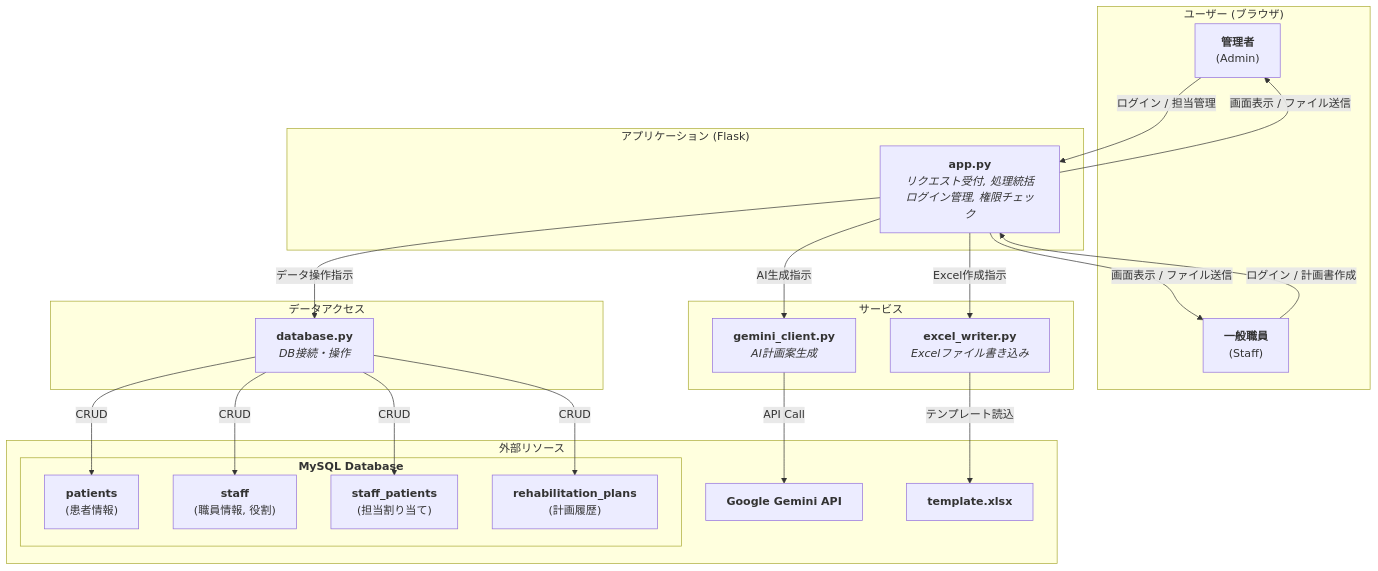
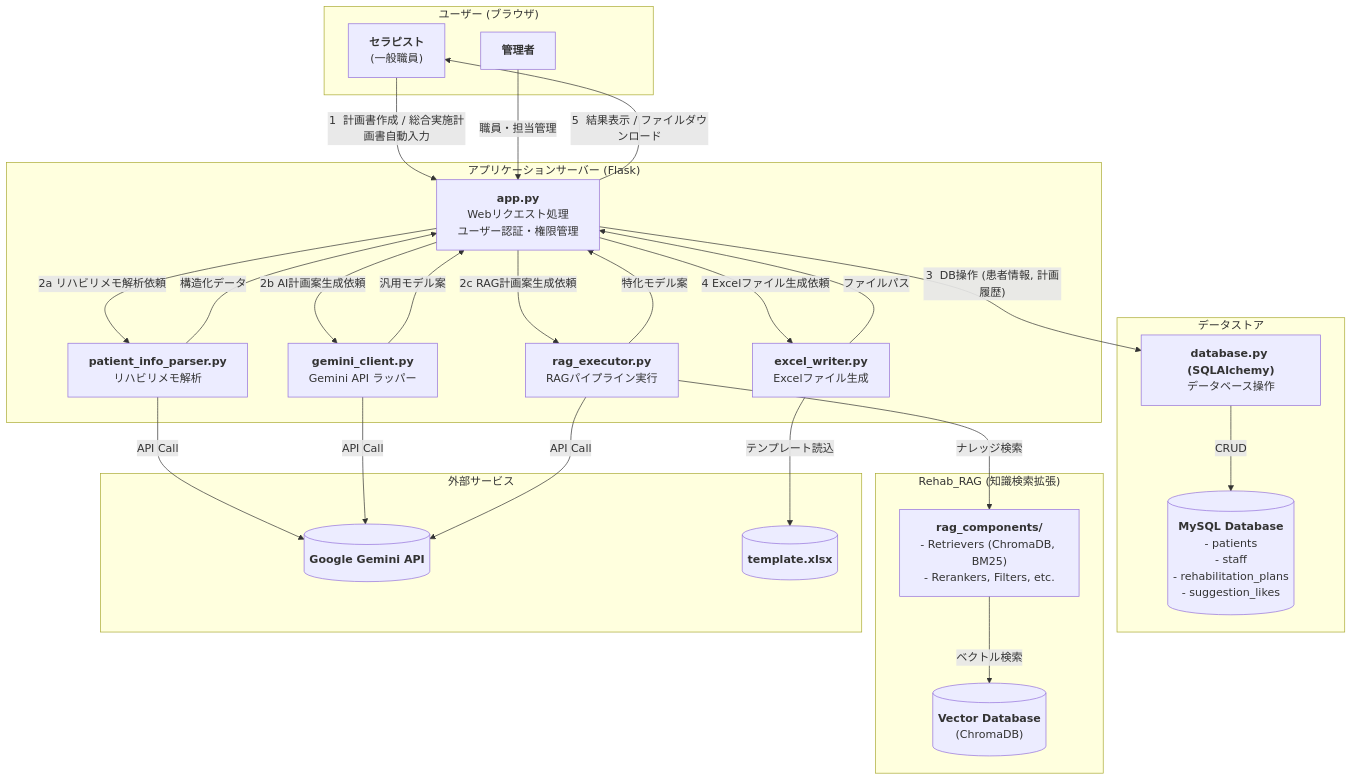
Before and after one commit to YouSayH/local_Rehab-Plan-Generator: the diagram in README.md, drawn with Mermaid. The commit also changed other lines of this file, not shown here.

````diff
--- a/README.md
+++ b/README.md
@@ -36,43 +60,58 @@
 ```mermaid
-%%{init:{ 'securityLevel':'loose', 'flowchart':{ 'htmlLabels':true }, 'theme':'default', 'themeVariables':{ 'fontSize':'16px' } }}%%
 graph TD
     subgraph "ユーザー (ブラウザ)"
-        U_Admin["<b>管理者</b><br/>(Admin)"]
-        U_Staff["<b>一般職員</b><br/>(Staff)"]
+        U_Staff["<b>セラピスト</b><br/>(一般職員)"]
+        U_Admin["<b>管理者</b>"]
     end
 
-    subgraph "アプリケーション (Flask)"
-        B["<b>app.py</b><br/><i>リクエスト受付, 処理統括<br/>ログイン管理, 権限チェック</i>"]
+    subgraph "アプリケーションサーバー (Flask)"
+        App["<b>app.py</b><br/>Webリクエスト処理<br/>ユーザー認証・権限管理"]
+        Parser["<b>patient_info_parser.py</b><br/>リハビリメモ解析"]
+        Gemini["<b>gemini_client.py</b><br/>Gemini API ラッパー"]
+        RAG["<b>rag_executor.py</b><br/>RAGパイプライン実行"]
+        Excel["<b>excel_writer.py</b><br/>Excelファイル生成"]
     end
 
-    subgraph "サービス"
-        C["<b>gemini_client.py</b><br/><i>AI計画案生成</i>"]
-        D["<b>excel_writer.py</b><br/><i>Excelファイル書き込み</i>"]
+    subgraph "データストア"
+        DB["<b>database.py (SQLAlchemy)</b><br/>データベース操作"]
+        MySQL[("<b>MySQL Database</b><br/>- patients<br/>- staff<br/>- rehabilitation_plans<br/>- suggestion_likes")]
     end
 
-    subgraph "データアクセス"
-        E["<b>database.py</b><br/><i>DB接続・操作</i>"]
+    subgraph "Rehab_RAG (知識検索拡張)"
+        RAG_Components["<b>rag_components/</b><br/>- Retrievers (ChromaDB, BM25)<br/>- Rerankers, Filters, etc."]
+        VectorDB[("<b>Vector Database</b><br/>(ChromaDB)")]
     end
 
-    subgraph "外部リソース"
-        subgraph "<b>MySQL Database</b>"
-            F1["<b>patients</b><br/>(患者情報)"]
-            F2["<b>staff</b><br/>(職員情報, 役割)"]
-            F3["<b>staff_patients</b><br/>(担当割り当て)"]
-            F4["<b>rehabilitation_plans</b><br/>(計画履歴)"]
-        end
-        G["<b>Google Gemini API</b>"]
-        H["<b>template.xlsx</b>"]
+    subgraph "外部サービス"
+        GeminiAPI[("<b>Google Gemini API</b>")]
+        Template[("<b>template.xlsx</b>")]
     end
 
     %% --- フロー ---
-    U_Admin -- "ログイン / 担当管理" --> B
-    U_Staff -- "ログイン / 計画書作成" --> B
-    B -- "データ操作指示" --> E
-    E -- "CRUD" --> F1 & F2 & F3 & F4
-    B -- "AI生成指示" --> C
-    C -- "API Call" --> G
-    B -- "Excel作成指示" --> D
-    D -- "テンプレート読込" --> H
-    B -- "画面表示 / ファイル送信" --> U_Admin & U_Staff
+    U_Staff -- "1  計画書作成 / 総合実施計画書自動入力" --> App
+    U_Admin -- "職員・担当管理" --> App
+
+    App -- "2a  リハビリメモ解析依頼" --> Parser
+    Parser -- "API Call" --> GeminiAPI
+    Parser -- "構造化データ" --> App
+
+    App -- "2b  AI計画案生成依頼" --> Gemini
+    App -- "2c  RAG計画案生成依頼" --> RAG
+
+    Gemini -- "API Call" --> GeminiAPI
+    Gemini -- "汎用モデル案" --> App
+
+    RAG -- "ナレッジ検索" --> RAG_Components
+    RAG_Components -- "ベクトル検索" --> VectorDB
+    RAG -- "API Call" --> GeminiAPI
+    RAG -- "特化モデル案" --> App
+
+    App -- "3  DB操作 (患者情報, 計画履歴)" --> DB
+    DB -- "CRUD" --> MySQL
+
+    App -- "4  Excelファイル生成依頼" --> Excel
+    Excel -- "テンプレート読込" --> Template
+    Excel -- "ファイルパス" --> App
+
+    App -- "5  結果表示 / ファイルダウンロード" --> U_Staff
 ```
````
